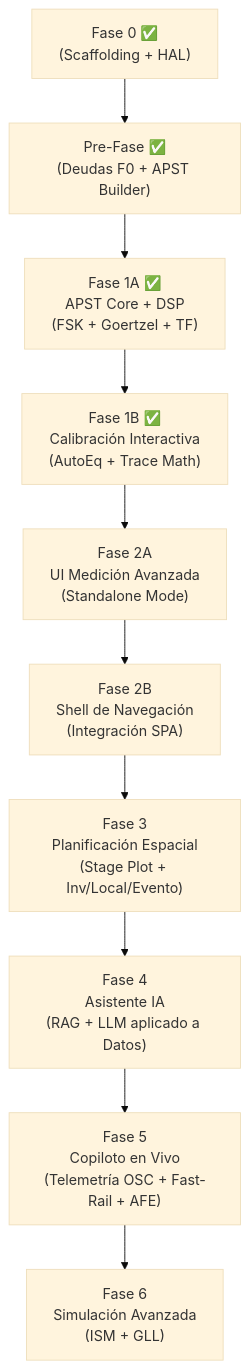
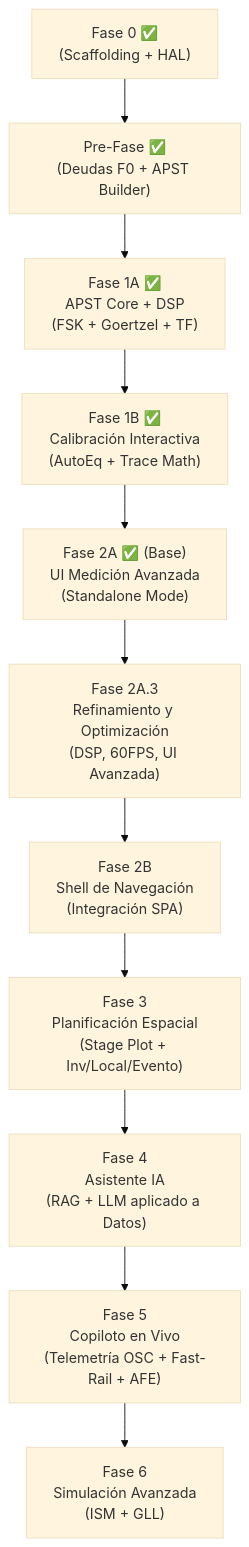
Before and after one commit to entrerios2/asistente: the diagram in docs/roadmap.md, drawn with Mermaid (base theme). The commit also changed other lines of this file, not shown here.

Commit message:
docs: add implementation roadmap document for assembly audio and video assistant

````diff
--- a/docs/roadmap.md
+++ b/docs/roadmap.md
@@ -317,23 +341,25 @@
 ```mermaid
 graph TD
     F0["Fase 0 ✅<br/>(Scaffolding + HAL)"]
     PF["Pre-Fase ✅<br/>(Deudas F0 + APST Builder)"]
     F1A["Fase 1A ✅<br/>APST Core + DSP<br/>(FSK + Goertzel + TF)"]
     F1B["Fase 1B ✅<br/>Calibración Interactiva<br/>(AutoEq + Trace Math)"]
-    F2A["Fase 2A<br/>UI Medición Avanzada<br/>(Standalone Mode)"]
+    F2A["Fase 2A ✅ (Base)<br/>UI Medición Avanzada<br/>(Standalone Mode)"]
+    F2A3["Fase 2A.3<br/>Refinamiento y Optimización<br/>(DSP, 60FPS, UI Avanzada)"]
     F2B["Fase 2B<br/>Shell de Navegación<br/>(Integración SPA)"]
     F3["Fase 3<br/>Planificación Espacial<br/>(Stage Plot + Inv/Local/Evento)"]
     F4["Fase 4<br/>Asistente IA<br/>(RAG + LLM aplicado a Datos)"]
     F5["Fase 5<br/>Copiloto en Vivo<br/>(Telemetría OSC + Fast-Rail + AFE)"]
     F6["Fase 6<br/>Simulación Avanzada<br/>(ISM + GLL)"]
 
     F0 --> PF
     PF --> F1A
     F1A --> F1B
     F1B --> F2A
-    F2A --> F2B
+    F2A --> F2A3
+    F2A3 --> F2B
     F2B --> F3
     F3 --> F4
     F4 --> F5
     F5 --> F6
 ```
````
